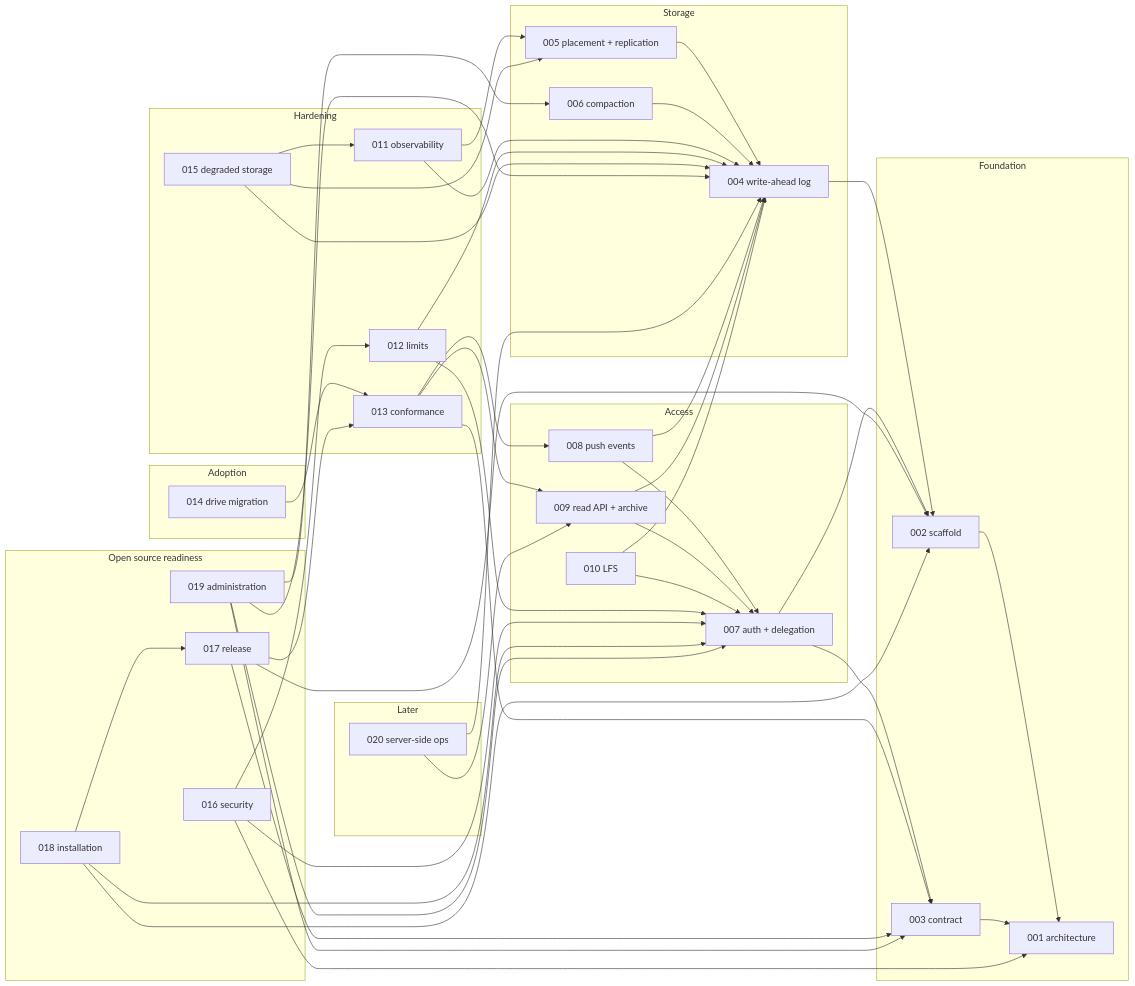
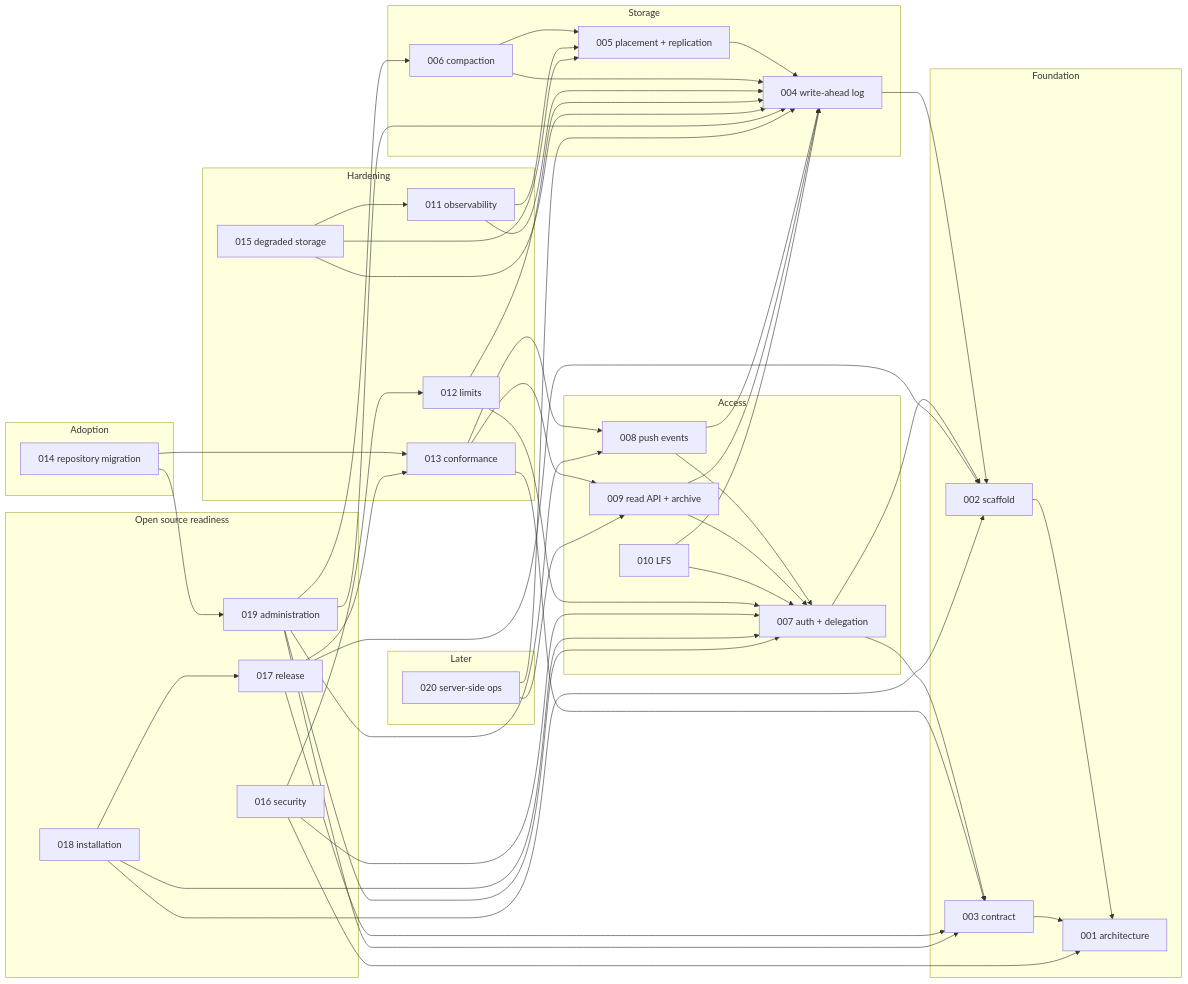
The second of 2 diagrams in specs/README.md (latere-ai/origo), drawn with Mermaid before and after one commit. The commit also changed other lines of this file and 5 other files, not shown here.

````diff
--- a/specs/README.md
+++ b/specs/README.md
@@ -59,76 +68,79 @@
 ```mermaid
 flowchart LR
   subgraph F[Foundation]
     S001[001 architecture]
     S002[002 scaffold]
     S003[003 contract]
   end
   subgraph S[Storage]
     S004[004 write-ahead log]
     S005[005 placement + replication]
     S006[006 compaction]
   end
   subgraph A[Access]
     S007[007 auth + delegation]
     S008[008 push events]
     S009[009 read API + archive]
     S010[010 LFS]
   end
   subgraph H[Hardening]
     S011[011 observability]
     S012[012 limits]
     S013[013 conformance]
     S015[015 degraded storage]
   end
   subgraph O[Open source readiness]
     S016[016 security]
     S017[017 release]
     S018[018 installation]
     S019[019 administration]
   end
   subgraph M[Adoption]
-    S014[014 drive migration]
+    S014[014 repository migration]
   end
   subgraph L[Later]
     S020[020 server-side ops]
   end
   S002 --> S001
   S003 --> S001
   S004 --> S002
   S005 --> S004
   S006 --> S004
+  S006 --> S005
   S007 --> S002
   S007 --> S003
   S008 --> S004
   S008 --> S007
   S009 --> S004
   S009 --> S007
   S010 --> S004
   S010 --> S007
   S011 --> S004
   S011 --> S005
   S012 --> S007
   S012 --> S004
   S013 --> S003
   S013 --> S008
   S013 --> S009
   S014 --> S013
+  S014 --> S019
   S015 --> S004
   S015 --> S005
   S015 --> S011
   S016 --> S001
   S016 --> S007
   S016 --> S012
   S017 --> S002
   S017 --> S003
   S017 --> S013
   S018 --> S002
   S018 --> S007
   S018 --> S017
   S019 --> S003
   S019 --> S004
   S019 --> S006
   S019 --> S007
+  S019 --> S008
   S020 --> S009
   S020 --> S004
 ```
````
